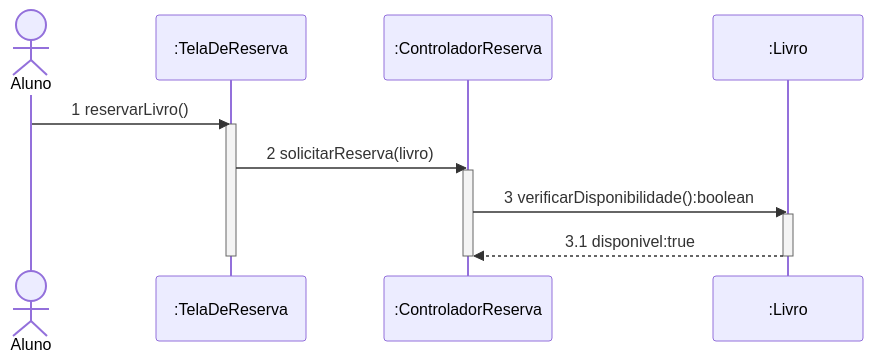
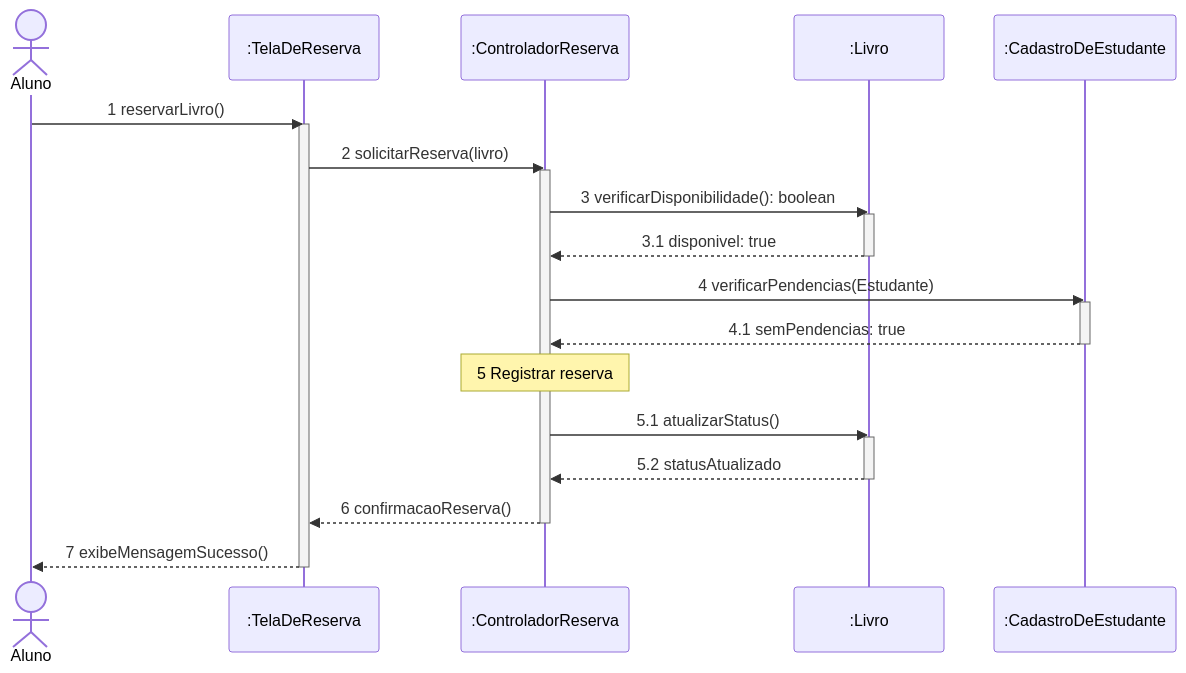
Before and after one commit to robertosys/reposit-rio-de-PDS-roberto: the diagram in semana 3/reservalivro.mmd, drawn with Mermaid.

Commit message:
termiando ex diagrama sequencial da livraria

```diff
--- a/semana 3/reservalivro.mmd
+++ b/semana 3/reservalivro.mmd
@@ -1,18 +1,36 @@
 sequenceDiagram
     %% Definindo os participantes
     actor A as Aluno
     participant T as :TelaDeReserva
     participant C as :ControladorReserva
     participant L as :Livro
+    participant CE as :CadastroDeEstudante
 
-    %% Construindo o diagrama (incompleto)
-    A->>T:1 reservarLivro()
+    %% Construindo o diagrama completo
+    A->>T: 1 reservarLivro()
     activate T
-    T->>C:2 solicitarReserva(livro)
+    T->>C: 2 solicitarReserva(livro)
     activate C
-    C->>L:3 verificarDisponibilidade():boolean
+    C->>L: 3 verificarDisponibilidade(): boolean
     activate L
-    L-->>C:3.1 disponivel:true
+    L-->>C: 3.1 disponivel: true
     deactivate L
+    
+    %% Passo 4: Verificando o Estudante
+    C->>CE: 4 verificarPendencias(Estudante)
+    activate CE
+    CE-->>C: 4.1 semPendencias: true
+    deactivate CE
+    
+    %% Passo 5: Concluindo a Reserva e Atualizando o Status
+    Note over C: 5 Registrar reserva
+    C->>L: 5.1 atualizarStatus()
+    activate L
+    L-->>C: 5.2 statusAtualizado
+    deactivate L
+    
+    %% Retorno das mensagens até o Ator
+    C-->>T: 6 confirmacaoReserva()
     deactivate C
+    T-->>A: 7 exibeMensagemSucesso()
     deactivate T
```
